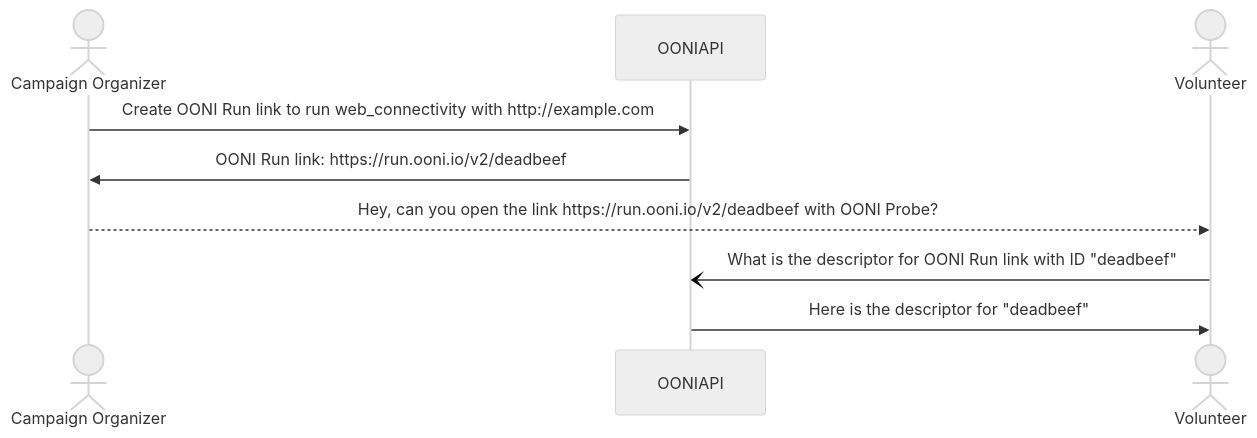
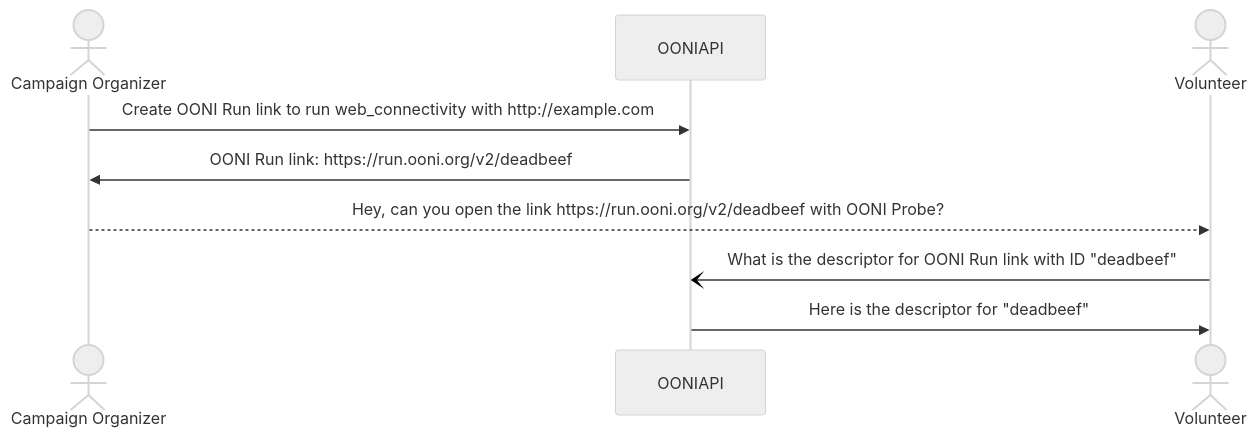
Before and after one commit to ooni/spec: the diagram in backends/bk-005-ooni-run-v2.md, drawn with Mermaid (neutral theme). The commit also changed other lines of this file, not shown here.

````diff
--- a/backends/bk-005-ooni-run-v2.md
+++ b/backends/bk-005-ooni-run-v2.md
@@ -32,12 +32,12 @@
 ```mermaid
 sequenceDiagram
     actor CampaignOrganizer as Campaign Organizer
     participant OONIAPI
     actor Volunteer
 
     CampaignOrganizer->>OONIAPI: Create OONI Run link to run web_connectivity with http://example.com
-    OONIAPI->>CampaignOrganizer: OONI Run link: https://run.ooni.io/v2/deadbeef
-    CampaignOrganizer-->>Volunteer: Hey, can you open the link https://run.ooni.io/v2/deadbeef with OONI Probe?
+    OONIAPI->>CampaignOrganizer: OONI Run link: https://run.ooni.org/v2/deadbeef
+    CampaignOrganizer-->>Volunteer: Hey, can you open the link https://run.ooni.org/v2/deadbeef with OONI Probe?
     Volunteer-)OONIAPI: What is the descriptor for OONI Run link with ID "deadbeef"
     OONIAPI->>Volunteer: Here is the descriptor for "deadbeef"
 ```
````
